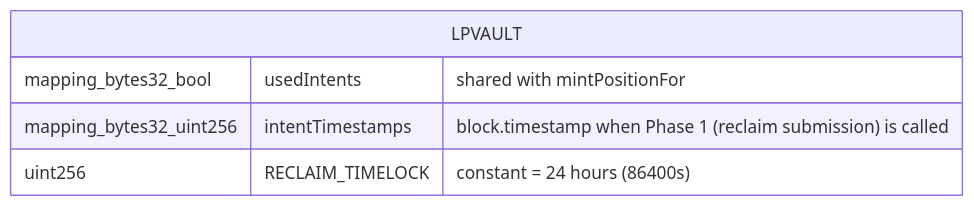
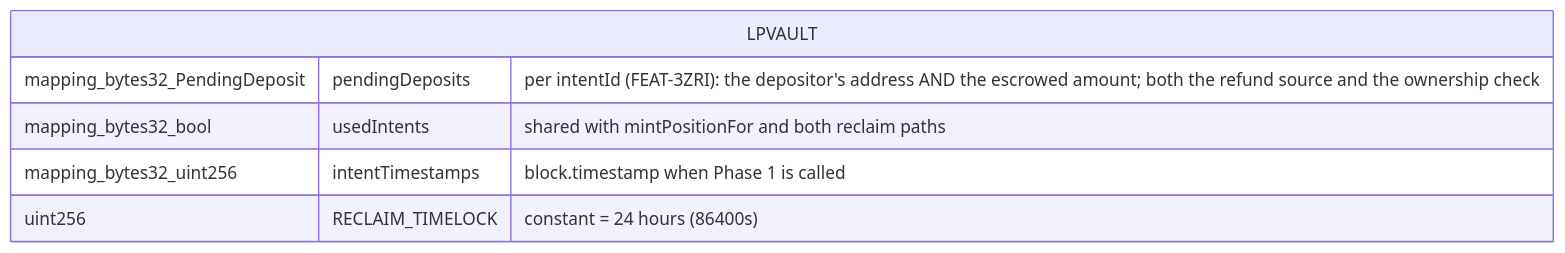
One commit to ProphetMarket/lp-vaults changed the third of 3 diagrams in specs/features/contracts/FEAT-JAIJ-lp-escape-hatch/ARCHITECTURE.md. Above: the diagram before and after it, drawn with Mermaid. The commit also changed other lines of this file and 18 other files, not shown here.

````diff
--- a/specs/features/contracts/FEAT-JAIJ-lp-escape-hatch/ARCHITECTURE.md
+++ b/specs/features/contracts/FEAT-JAIJ-lp-escape-hatch/ARCHITECTURE.md
@@ -42,8 +54,9 @@
 ```mermaid
 erDiagram
     LPVAULT {
-        mapping_bytes32_bool usedIntents "shared with mintPositionFor"
-        mapping_bytes32_uint256 intentTimestamps "block.timestamp when Phase 1 (reclaim submission) is called"
+        mapping_bytes32_PendingDeposit pendingDeposits "per intentId (FEAT-3ZRI): the depositor's address AND the escrowed amount; both the refund source and the ownership check"
+        mapping_bytes32_bool usedIntents "shared with mintPositionFor and both reclaim paths"
+        mapping_bytes32_uint256 intentTimestamps "block.timestamp when Phase 1 is called"
         uint256 RECLAIM_TIMELOCK "constant = 24 hours (86400s)"
     }
 ```
````
